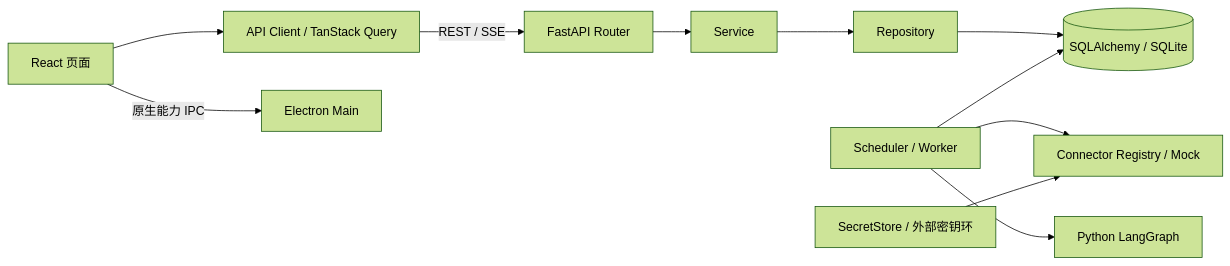
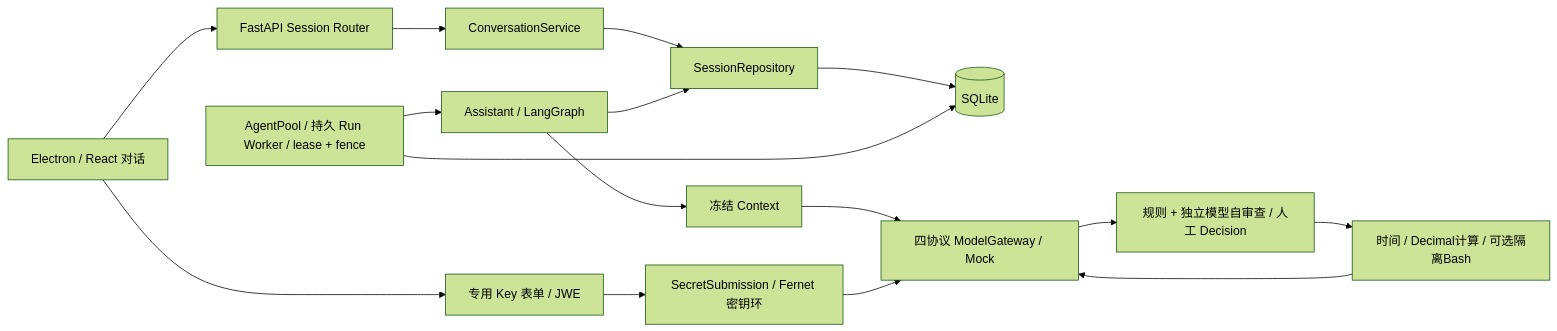
One commit to yuyeyuyy/Tavo changed the diagram in docs/ARCHITECTURE.md. Above: the diagram before and after it, drawn with Mermaid (forest theme). The commit also changed other lines of this file and 234 other files, not shown here.

````diff
--- a/docs/ARCHITECTURE.md
+++ b/docs/ARCHITECTURE.md
@@ -7,13 +11,18 @@
 ```mermaid
 flowchart LR
-  UI[React 页面] --> Q[API Client / TanStack Query]
-  Q -->|REST / SSE| R[FastAPI Router]
-  R --> S[Service]
-  S --> P[Repository]
-  P --> DB[(SQLAlchemy / SQLite)]
-  W[Scheduler / Worker] --> DB
-  W --> C[Connector Registry / Mock]
-  W --> G[Python LangGraph]
-  SS[SecretStore / 外部密钥环] --> C
-  UI -->|原生能力 IPC| M[Electron Main]
+  UI[Electron / React 对话] --> API[FastAPI Session Router]
+  API --> Service[ConversationService]
+  Service --> Repo[SessionRepository]
+  Repo --> DB[(SQLite)]
+  Worker[AgentPool / 持久 Run Worker / lease + fence] --> DB
+  Worker --> Assistant[Assistant / LangGraph]
+  Assistant --> Context[冻结 Context]
+  Context --> Gateway[四协议 ModelGateway / Mock]
+  Gateway --> Review[规则 + 独立模型自审查 / 人工 Decision]
+  Review --> Tools[时间 / Decimal计算 / 可选隔离Bash]
+  Tools --> Gateway
+  Assistant --> Repo
+  UI --> Key[专用 Key 表单 / JWE]
+  Key --> Store[SecretSubmission / Fernet 密钥环]
+  Store --> Gateway
 ```
````
